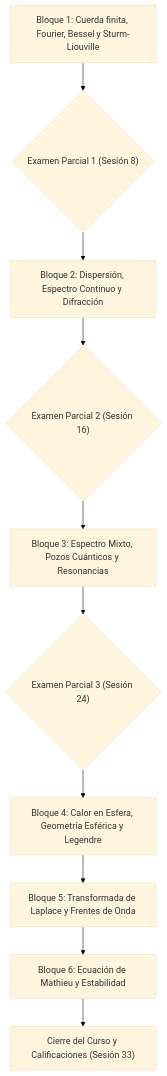
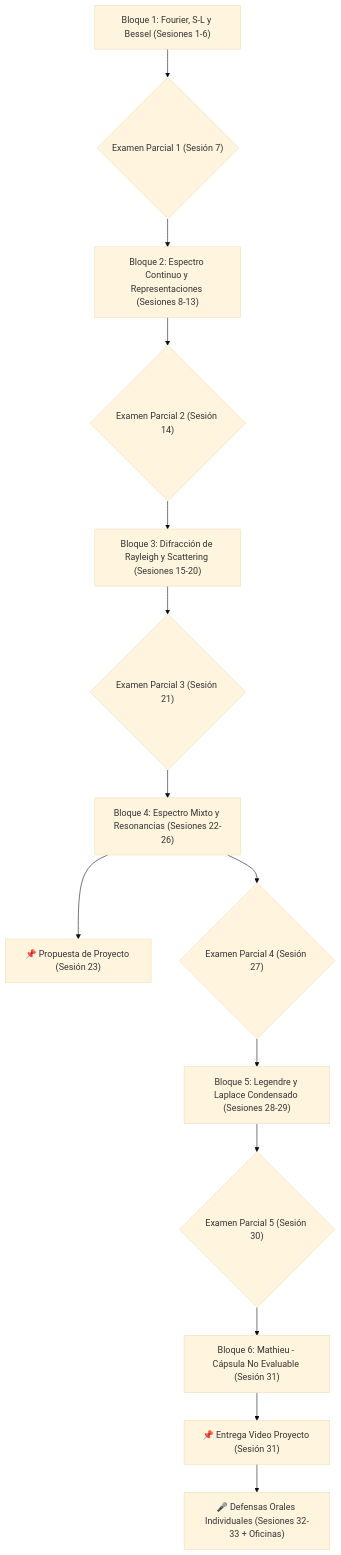
Before and after one commit to razamoraz/MAFisica_2027_1: the diagram in MoC/MAF_MoC.md, drawn with Mermaid (base theme). The commit also changed other lines of this file and 8 other files, not shown here.

````diff
--- a/MoC/MAF_MoC.md
+++ b/MoC/MAF_MoC.md
@@ -14,12 +14,16 @@
 ```mermaid
 graph TD
-    B1["Bloque 1: Cuerda finita, Fourier, Bessel y Sturm-Liouville"] --> P1{"Examen Parcial 1 (Sesión 8)"}
-    P1 --> B2["Bloque 2: Dispersión, Espectro Continuo y Difracción"]
-    B2 --> P2{"Examen Parcial 2 (Sesión 16)"}
-    P2 --> B3["Bloque 3: Espectro Mixto, Pozos Cuánticos y Resonancias"]
-    B3 --> P3{"Examen Parcial 3 (Sesión 24)"}
-    P3 --> B4["Bloque 4: Calor en Esfera, Geometría Esférica y Legendre"]
-    B4 --> B5["Bloque 5: Transformada de Laplace y Frentes de Onda"]
-    B5 --> B6["Bloque 6: Ecuación de Mathieu y Estabilidad"]
-    B6 --> Final["Cierre del Curso y Calificaciones (Sesión 33)"]
+    B1["Bloque 1: Fourier, S-L y Bessel (Sesiones 1-6)"] --> P1{"Examen Parcial 1 (Sesión 7)"}
+    P1 --> B2["Bloque 2: Espectro Continuo y Representaciones (Sesiones 8-13)"]
+    B2 --> P2{"Examen Parcial 2 (Sesión 14)"}
+    P2 --> B3["Bloque 3: Difracción de Rayleigh y Scattering (Sesiones 15-20)"]
+    B3 --> P3{"Examen Parcial 3 (Sesión 21)"}
+    P3 --> B4["Bloque 4: Espectro Mixto y Resonancias (Sesiones 22-26)"]
+    B4 --> Prop["📌 Propuesta de Proyecto (Sesión 23)"]
+    B4 --> P4{"Examen Parcial 4 (Sesión 27)"}
+    P4 --> B5["Bloque 5: Legendre y Laplace Condensado (Sesiones 28-29)"]
+    B5 --> P5{"Examen Parcial 5 (Sesión 30)"}
+    P5 --> B6["Bloque 6: Mathieu - Cápsula No Evaluable (Sesión 31)"]
+    B6 --> Vid["📌 Entrega Video Proyecto (Sesión 31)"]
+    Vid --> Def["🎤 Defensas Orales Individuales (Sesiones 32-33 + Oficinas)"]
 ```
````
